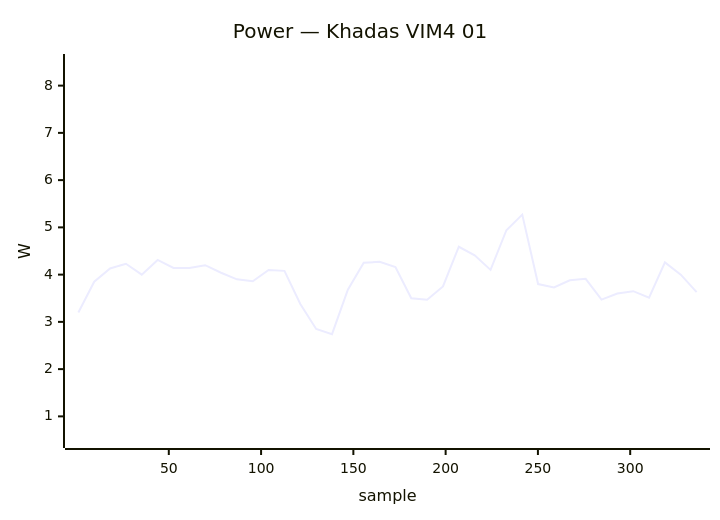
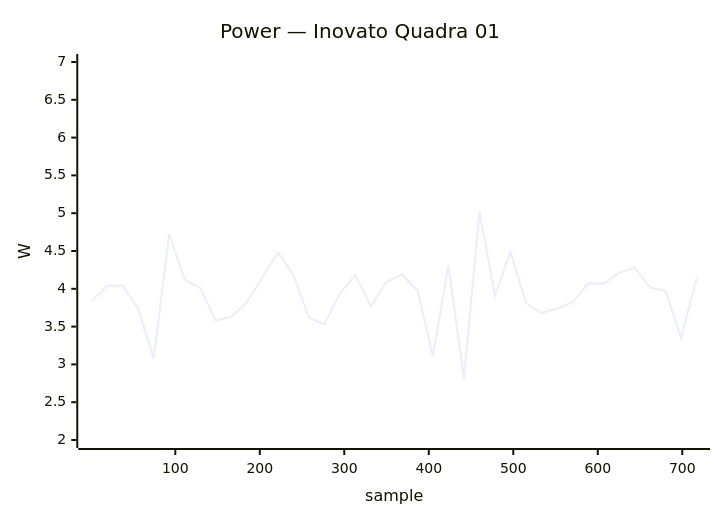
One commit to armbian/documentation changed diagram 14 of 34 in docs/status/board-tests.md. Above: the diagram before and after it, drawn with Mermaid. The commit also changed other lines of this file, not shown here.

````diff
--- a/docs/status/board-tests.md
+++ b/docs/status/board-tests.md
@@ -772,7 +739,7 @@
 ```mermaid
 xychart-beta
-    title "Power — Khadas VIM4 01"
-    x-axis "sample" 1 --> 336
-    y-axis "W" 0.5 --> 8.5
-    line [3.20, 3.85, 4.13, 4.23, 4.00, 4.31, 4.14, 4.14, 4.20, 4.04, 3.90, 3.86, 4.10, 4.08, 3.38, 2.85, 2.74, 3.68, 4.25, 4.27, 4.16, 3.50, 3.47, 3.75, 4.59, 4.41, 4.10, 4.94, 5.27, 3.80, 3.73, 3.88, 3.91, 3.47, 3.60, 3.65, 3.51, 4.26, 4.00, 3.63]
+    title "Power — Inovato Quadra 01"
+    x-axis "sample" 1 --> 717
+    y-axis "W" 2.0 --> 7.0
+    line [3.84, 4.04, 4.04, 3.74, 3.08, 4.73, 4.12, 4.01, 3.58, 3.63, 3.82, 4.15, 4.48, 4.19, 3.62, 3.53, 3.94, 4.18, 3.77, 4.09, 4.19, 3.98, 3.11, 4.31, 2.81, 5.02, 3.91, 4.49, 3.81, 3.68, 3.74, 3.82, 4.07, 4.07, 4.21, 4.28, 4.02, 3.97, 3.35, 4.14]
 ```
````
